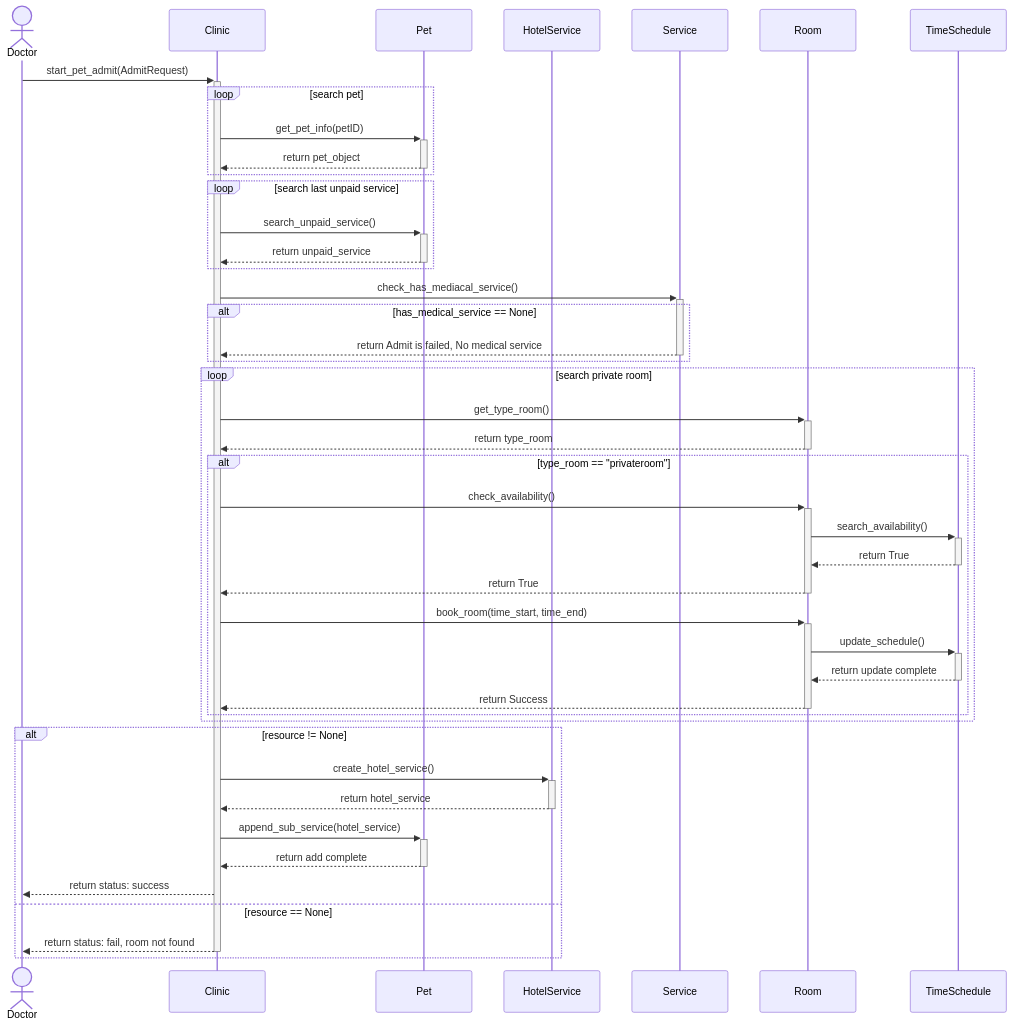
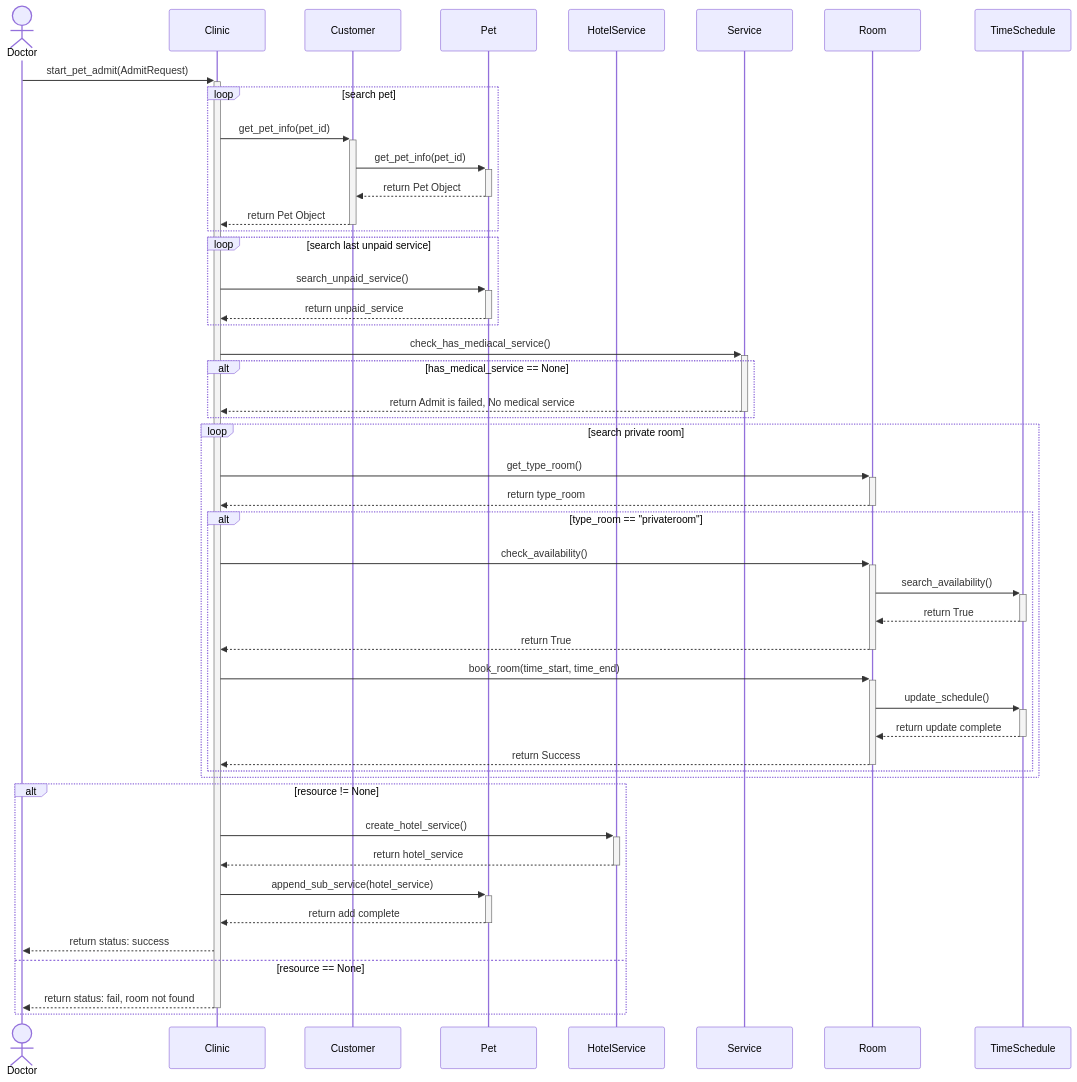
Before and after one commit to HiruKub/OOP-PROJECT_BASECODE: the diagram in SequenceDiagram/pet_admit.mmd, drawn with Mermaid. The commit also changed 1 other file, not shown here.

Commit message:
refactor: update pet info retrieval in sequence diagram

```diff
--- a/SequenceDiagram/pet_admit.mmd
+++ b/SequenceDiagram/pet_admit.mmd
@@ -1,49 +1,51 @@
 sequenceDiagram
     actor Doctor
     participant Clinic
-    %% participant DoctorClass
+    participant Customer
     participant Pet
     participant HotelService
 
     Doctor->>+Clinic: start_pet_admit(AdmitRequest)
 
     loop search pet
-    Clinic->>+Pet: get_pet_info(petID)
-    Pet-->>-Clinic: return pet_object
+        Clinic->>+Customer: get_pet_info(pet_id)
+        Customer ->>+ Pet : get_pet_info(pet_id)
+        Pet -->>- Customer : return Pet Object
+        Customer-->>-Clinic: return Pet Object 
     end
 
     loop search last unpaid service 
         Clinic->>+Pet: search_unpaid_service()
         Pet-->>-Clinic: return unpaid_service
     end
 
     Clinic ->>+ Service: check_has_mediacal_service()
 
     alt has_medical_service == None
         Service -->>- Clinic: return Admit is failed, No medical service
     end
 
     loop search private room
     Clinic->>+Room: get_type_room()
         Room-->>-Clinic: return type_room
         alt type_room == "privateroom"
             Clinic->>+Room: check_availability()
             Room->>+TimeSchedule: search_availability()
             TimeSchedule -->>- Room: return True
             Room-->>-Clinic: return True
             Clinic->>+Room: book_room(time_start, time_end)
             Room->>+TimeSchedule: update_schedule()
             TimeSchedule-->>-Room: return update complete
             Room -->>-Clinic: return Success
         end
     end
 
     alt resource != None
         Clinic->>+HotelService: create_hotel_service()
         HotelService -->>- Clinic: return hotel_service
         Clinic->>+Pet: append_sub_service(hotel_service)
         Pet-->>-Clinic: return add complete
         Clinic-->>Doctor: return status: success
     else resource == None
         Clinic-->>-Doctor: return status: fail, room not found
     end
```
